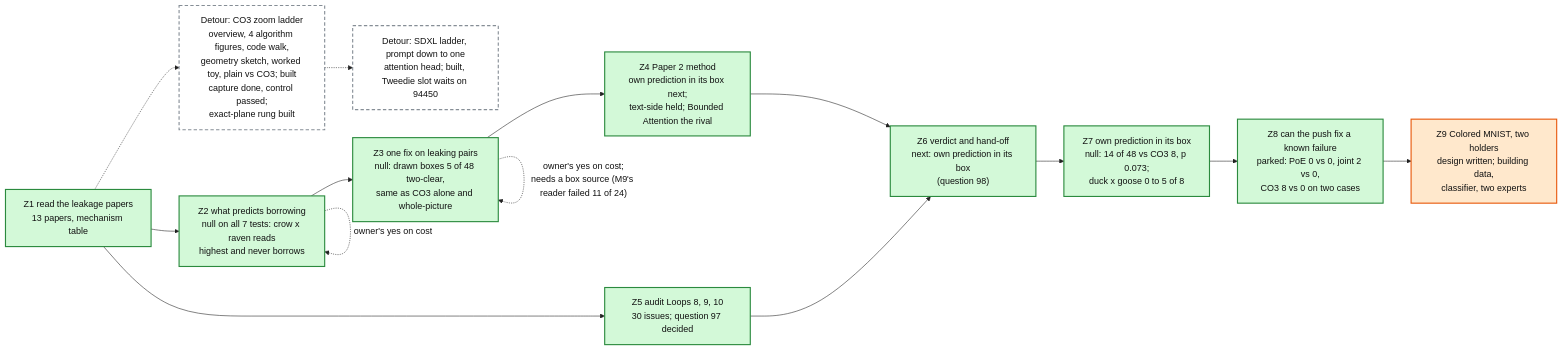
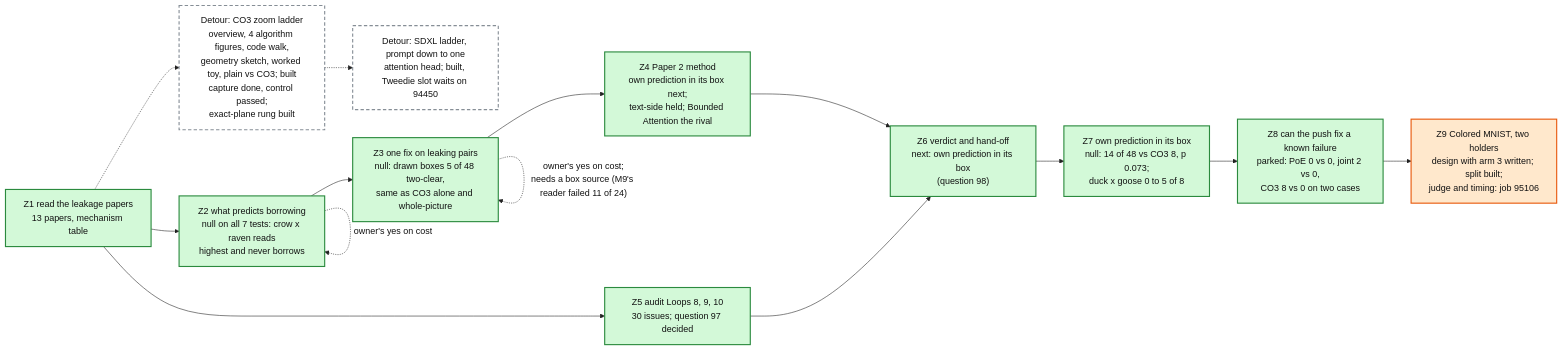
One commit to mo-rsa24/concept-composition changed the diagram in artifacts/notes/progress/leakage/loop-12-progress.mmd. Above: the diagram before and after it, drawn with Mermaid. The commit also changed 1 other file, not shown here.

Commit message:
Loop 12 map: Z9 job 95106

```diff
--- a/artifacts/notes/progress/leakage/loop-12-progress.mmd
+++ b/artifacts/notes/progress/leakage/loop-12-progress.mmd
@@ -1,26 +1,26 @@
 %%{init: {'theme': 'base', 'themeVariables': {'fontFamily': 'monospace', 'primaryColor': '#ffffff', 'primaryBorderColor': '#222222', 'primaryTextColor': '#111111', 'lineColor': '#222222'}}}%%
 flowchart LR
   Z1["Z1 read the leakage papers<br/>13 papers, mechanism table"]:::done
   Z2["Z2 what predicts borrowing<br/>null on all 7 tests: crow x raven reads<br/>highest and never borrows"]:::done
   Z3["Z3 one fix on leaking pairs<br/>null: drawn boxes 5 of 48 two-clear,<br/>same as CO3 alone and whole-picture"]:::done
   Z4["Z4 Paper 2 method<br/>own prediction in its box next;<br/>text-side held; Bounded Attention the rival"]:::done
   Z5["Z5 audit Loops 8, 9, 10<br/>30 issues; question 97 decided"]:::done
   Z6["Z6 verdict and hand-off<br/>next: own prediction in its box<br/>(question 98)"]:::done
   LAD["Detour: CO3 zoom ladder<br/>overview, 4 algorithm figures, code walk,<br/>geometry sketch, worked toy, plain vs CO3; built<br/>capture done, control passed;<br/>exact-plane rung built"]:::detour
   Z1 -.-> LAD
   SDX["Detour: SDXL ladder, prompt down to one<br/>attention head; built, Tweedie slot waits on 94450"]:::detour
   LAD -.-> SDX
   Z1 --> Z2 --> Z3 --> Z4 --> Z6
   Z1 --> Z5 --> Z6
   Z2 -. "owner's yes on cost" .-> Z2
   Z3 -. "owner's yes on cost;<br/>needs a box source (M9's reader failed 11 of 24)" .-> Z3
   Z7["Z7 own prediction in its box<br/>null: 14 of 48 vs CO3 8, p 0.073;<br/>duck x goose 0 to 5 of 8"]:::done
   Z6 --> Z7
   Z8["Z8 can the push fix a known failure<br/>parked: PoE 0 vs 0, joint 2 vs 0,<br/>CO3 8 vs 0 on two cases"]:::done
   Z7 --> Z8
-  Z9["Z9 Colored MNIST, two holders<br/>design written; building data,<br/>classifier, two experts"]:::doing
+  Z9["Z9 Colored MNIST, two holders<br/>design with arm 3 written; split built;<br/>judge and timing: job 95106"]:::doing
   Z8 --> Z9
   classDef done fill:#d3f9d8,stroke:#2b8a3e,stroke-width:2px
   classDef doing fill:#ffe8cc,stroke:#e8590c,stroke-width:2px
   classDef detour fill:#ffffff,stroke:#868e96,stroke-width:2px,stroke-dasharray: 6 4
   classDef todo fill:#f1f3f5,stroke:#868e96,stroke-width:2px
```
